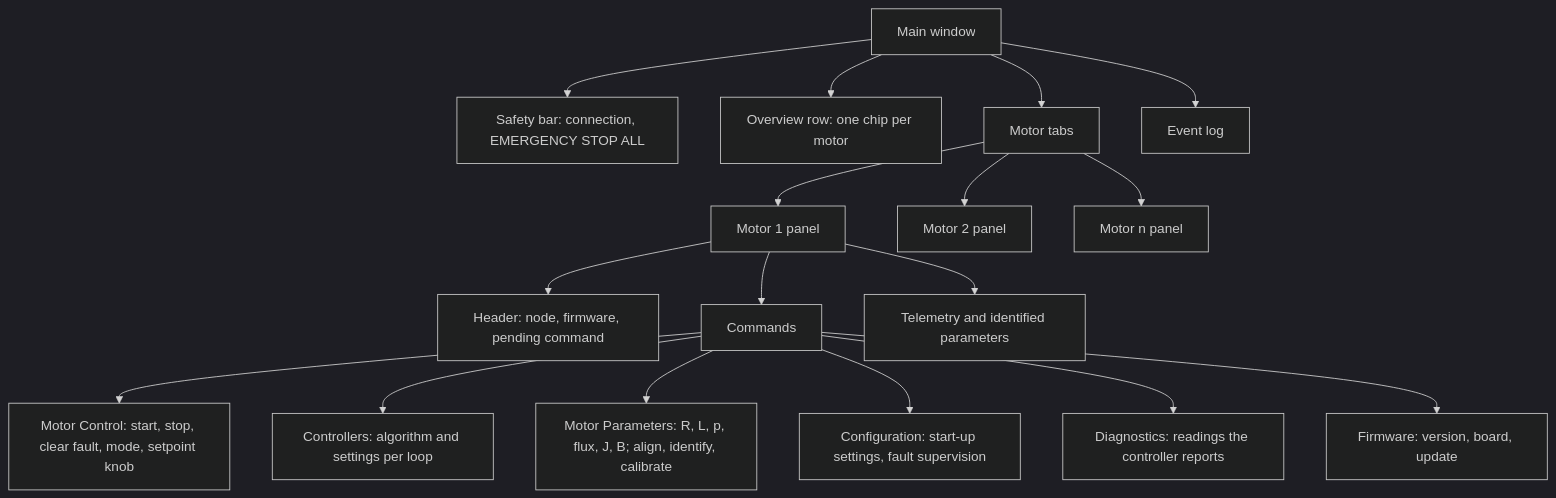
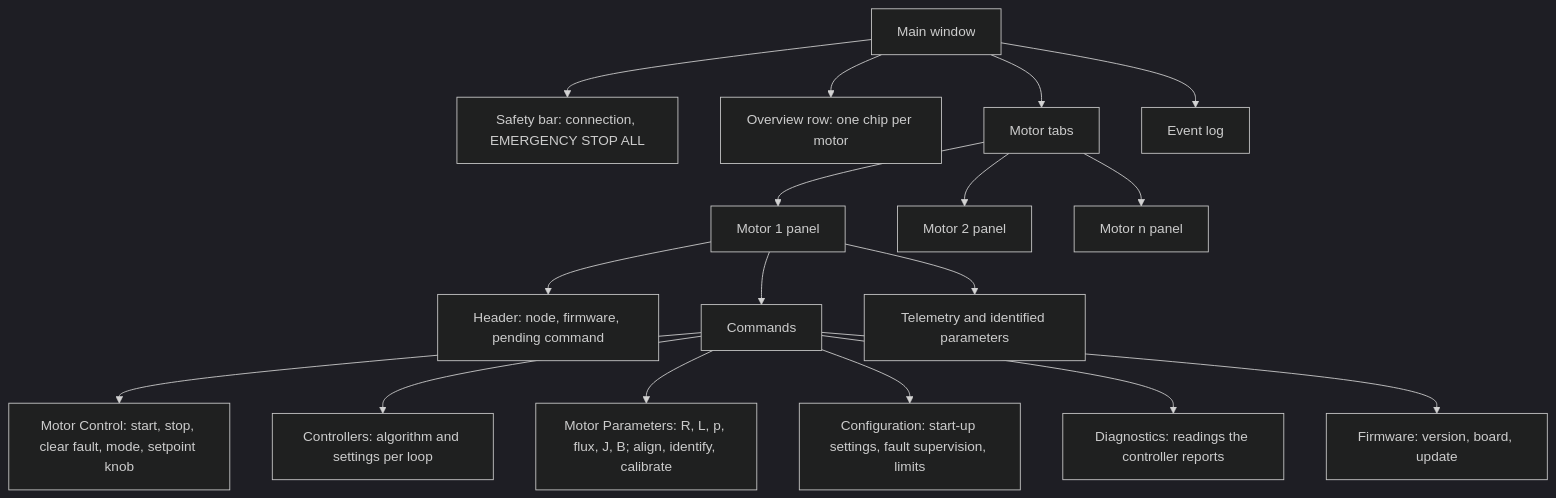
Before and after one commit to embedded-pro/e-foc: the first of 10 diagrams in documentation/design/tool-can-commander.md, drawn with Mermaid (dark theme). The commit also changed other lines of this file and 88 other files, not shown here.

First line of the commit message:
feat(supervision): drive limits, motor overload protection and torque-mode cogging compensation (#608)

````diff
--- a/documentation/design/tool-can-commander.md
+++ b/documentation/design/tool-can-commander.md
@@ -73,19 +73,19 @@
 ```mermaid
 graph TD
     Window["Main window"] --> Safety["Safety bar: connection, EMERGENCY STOP ALL"]
     Window --> Overview["Overview row: one chip per motor"]
     Window --> Tabs["Motor tabs"]
     Window --> Log["Event log"]
     Tabs --> M1["Motor 1 panel"]
     Tabs --> M2["Motor 2 panel"]
     Tabs --> Mn["Motor n panel"]
     M1 --> Header["Header: node, firmware, pending command"]
     M1 --> Commands["Commands"]
     M1 --> Telemetry["Telemetry and identified parameters"]
     Commands --> Control["Motor Control: start, stop, clear fault, mode, setpoint knob"]
     Commands --> Controllers["Controllers: algorithm and settings per loop"]
     Commands --> Parameters["Motor Parameters: R, L, p, flux, J, B; align, identify, calibrate"]
-    Commands --> Configuration["Configuration: start-up settings, fault supervision"]
+    Commands --> Configuration["Configuration: start-up settings, fault supervision, limits"]
     Commands --> Diagnostics["Diagnostics: readings the controller reports"]
     Commands --> Firmware["Firmware: version, board, update"]
 ```
````
